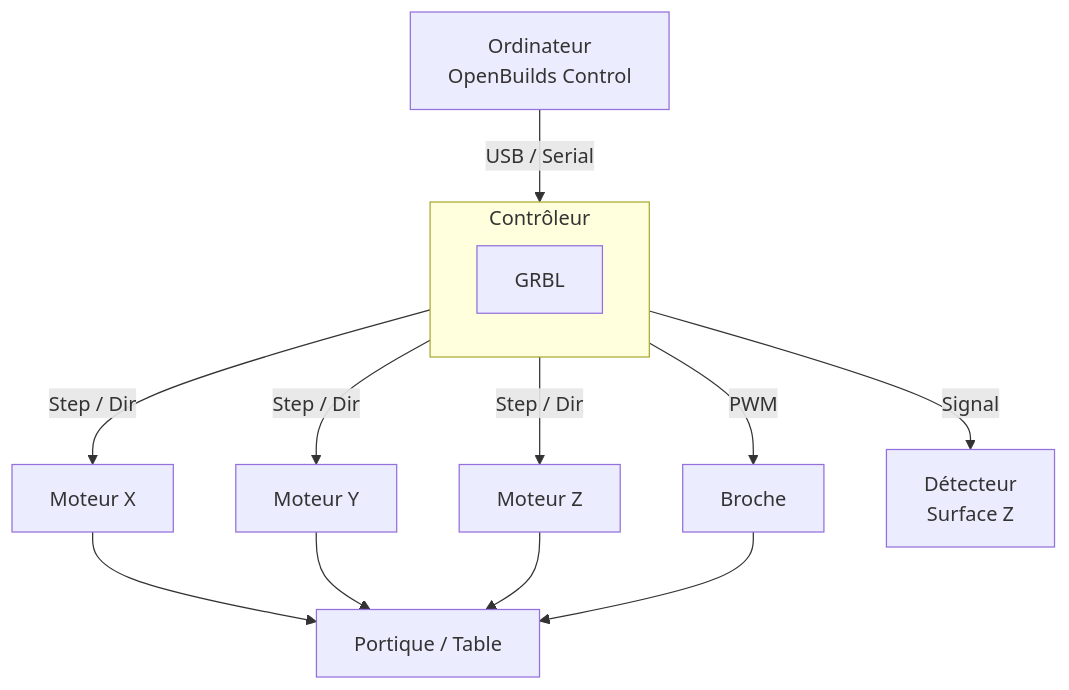
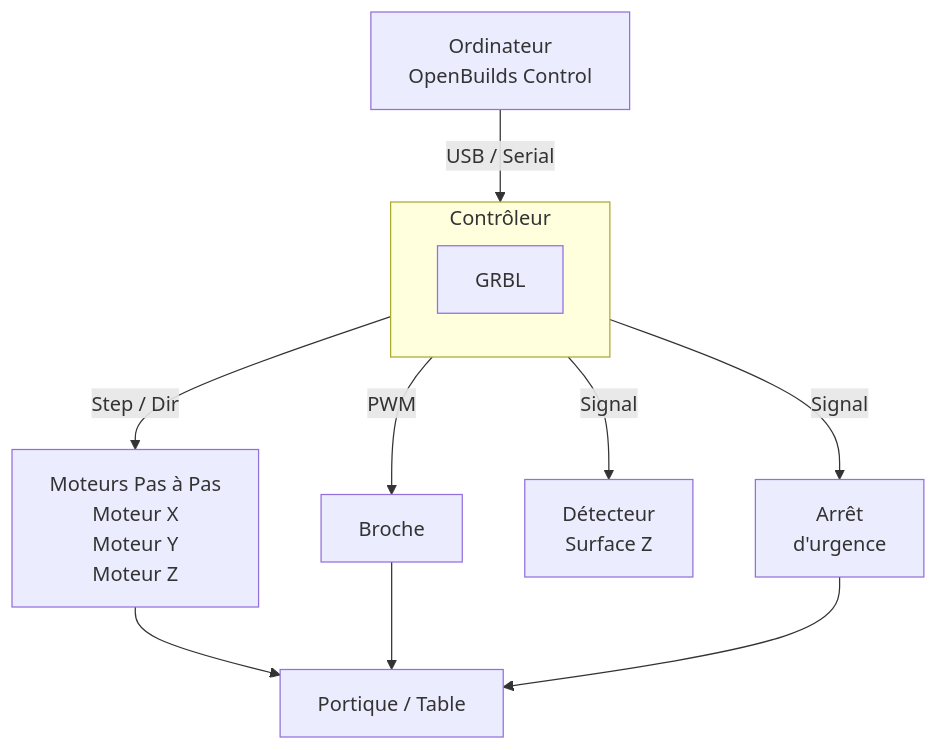
One commit to Madurro5/Automated_FlatCAM_Documentation changed the diagram in docs/cnc/index.md. Above: the diagram before and after it, drawn with Mermaid. The commit also changed other lines of this file and 33 other files, not shown here.

````diff
--- a/docs/cnc/index.md
+++ b/docs/cnc/index.md
@@ -7,19 +19,17 @@
 ```mermaid
 flowchart TD
     PC[Ordinateur\nOpenBuilds Control] -->|USB / Serial| CTRL
 
     subgraph CTRL [Contrôleur]
         GRBL[GRBL]
     end
 
-    CTRL --> |Step / Dir| MX[Moteur X]
-    CTRL -->|Step / Dir| MY[Moteur Y]
-    CTRL -->|Step / Dir| MZ[Moteur Z]
+    CTRL --> |Step / Dir| StepM[Moteurs Pas à Pas\nMoteur X\nMoteur Y\nMoteur Z]
     CTRL -->|PWM| SP[Broche]
     CTRL -->|Signal| DZ[Détecteur\nSurface Z]
+    CTRL -->|Signal| AU[Arrêt\nd'urgence]
 
-    MX --> TABLE[Portique / Table]
-    MY --> TABLE
-    MZ --> TABLE
+    StepM --> TABLE[Portique / Table]
     SP --> TABLE
+    AU --> TABLE
 ```
````
